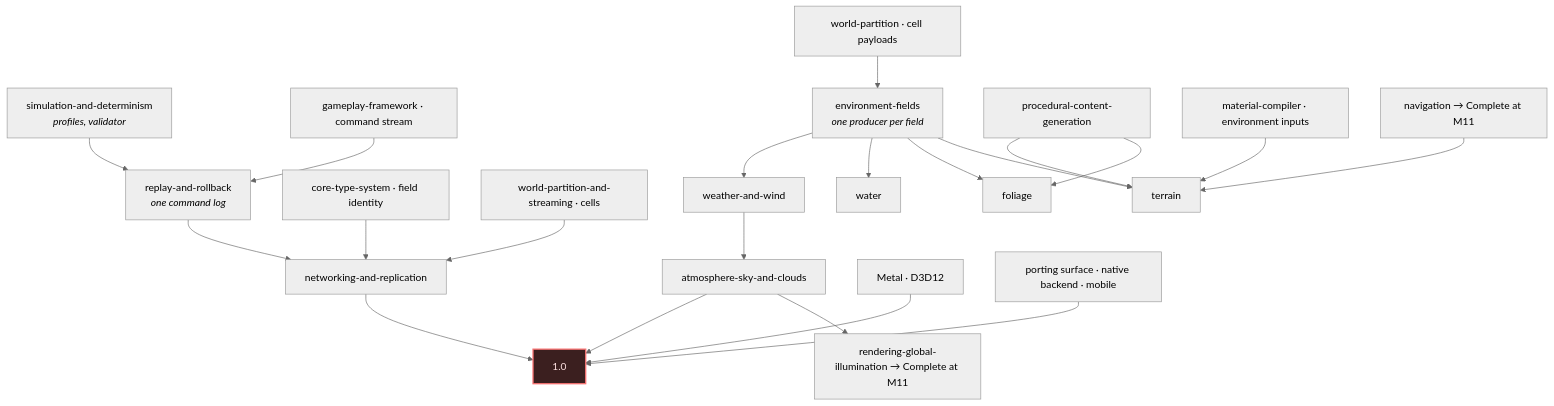
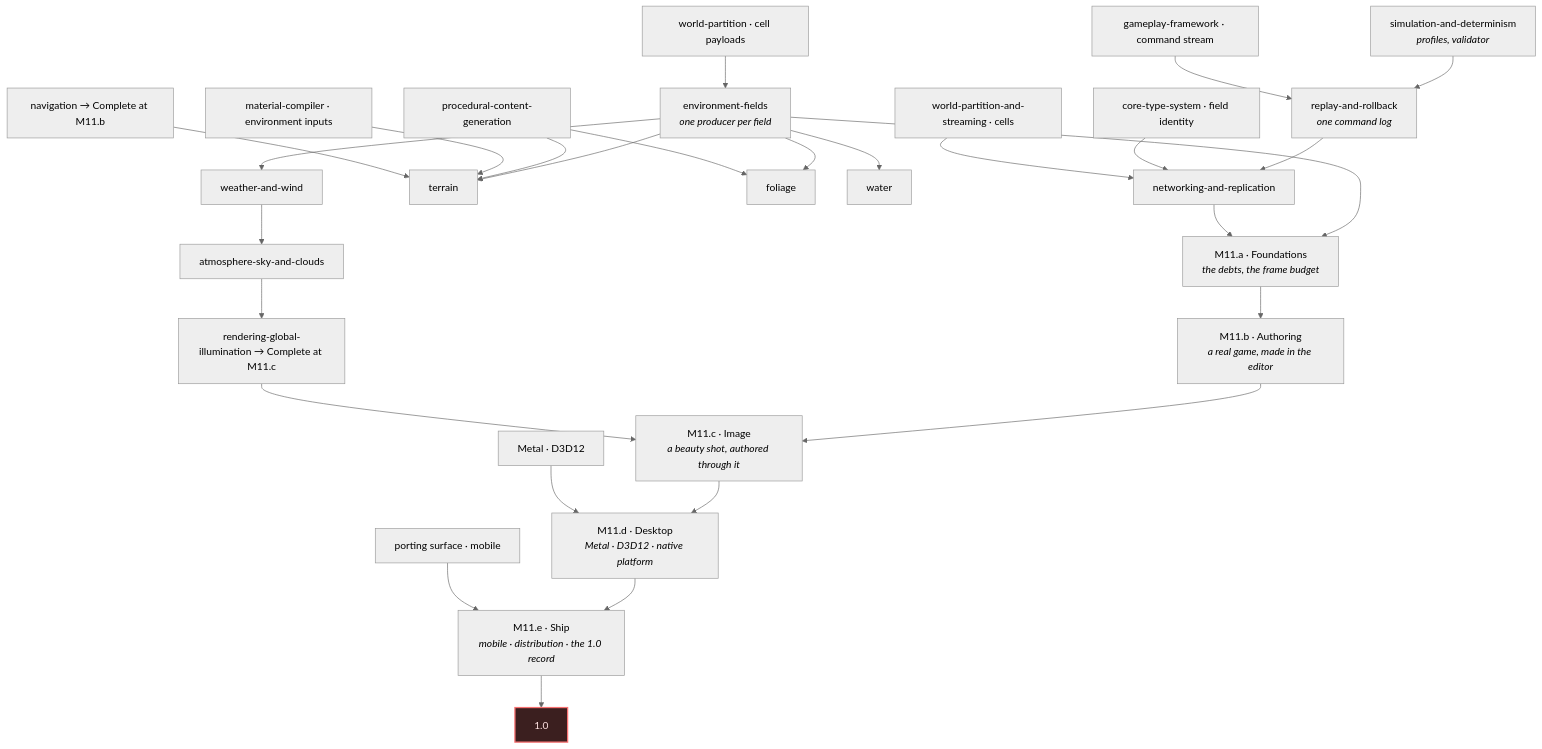
The fourth of 4 diagrams in docs/roadmap/dependencies.md (CyberdyneCorp/CyberdyneEngine), drawn with Mermaid (neutral theme) before and after one commit. The commit also changed other lines of this file and 109 other files, not shown here.

````diff
--- a/docs/roadmap/dependencies.md
+++ b/docs/roadmap/dependencies.md
@@ -231,29 +231,35 @@
 ```mermaid
 flowchart TB
     DET2["simulation-and-determinism<br/><i>profiles, validator</i>"] --> REPLAY["replay-and-rollback<br/><i>one command log</i>"]
     GF2["gameplay-framework · command stream"] --> REPLAY
     REPLAY --> NET["networking-and-replication"]
     TYPE2["core-type-system · field identity"] --> NET
     WP2["world-partition-and-streaming · cells"] --> NET
 
     FIELDS["environment-fields<br/><i>one producer per field</i>"] --> TERR["terrain"]
     FIELDS --> FOL["foliage"]
     FIELDS --> WATER["water"]
     FIELDS --> WEATH["weather-and-wind"]
     WEATH --> ATMO["atmosphere-sky-and-clouds"]
     PCG["procedural-content-generation"] --> FOL
     PCG --> TERR
     WP3["world-partition · cell payloads"] --> FIELDS
     MC2["material-compiler · environment inputs"] --> TERR
 
-    ATMO --> GI2["rendering-global-illumination → Complete at M11"]
-    NAV2["navigation → Complete at M11"] --> TERR
+    ATMO --> GI2["rendering-global-illumination → Complete at M11.c"]
+    NAV2["navigation → Complete at M11.b"] --> TERR
 
-    BACKENDS["Metal · D3D12"] --> SHIP["1.0"]
-    PORT["porting surface · native backend · mobile"] --> SHIP
-    ATMO --> SHIP
-    NET --> SHIP
+    FIELDS --> RA["M11.a · Foundations<br/><i>the debts, the frame budget</i>"]
+    NET --> RA
+    RA --> RB["M11.b · Authoring<br/><i>a real game, made in the editor</i>"]
+    RB --> RC["M11.c · Image<br/><i>a beauty shot, authored through it</i>"]
+    GI2 --> RC
+    RC --> RD["M11.d · Desktop<br/><i>Metal · D3D12 · native platform</i>"]
+    BACKENDS["Metal · D3D12"] --> RD
+    RD --> RE["M11.e · Ship<br/><i>mobile · distribution · the 1.0 record</i>"]
+    PORT["porting surface · mobile"] --> RE
+    RE --> SHIP["1.0"]
 
     classDef gate fill:#3b1f1f,stroke:#f87171,stroke-width:2px,color:#fee2e2
     class SHIP gate
 ```
````
